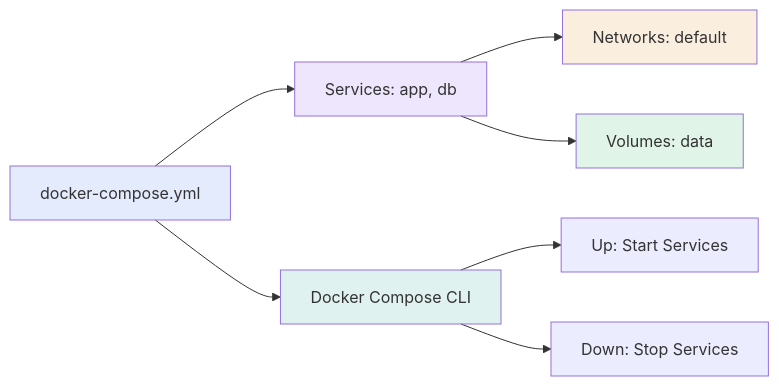
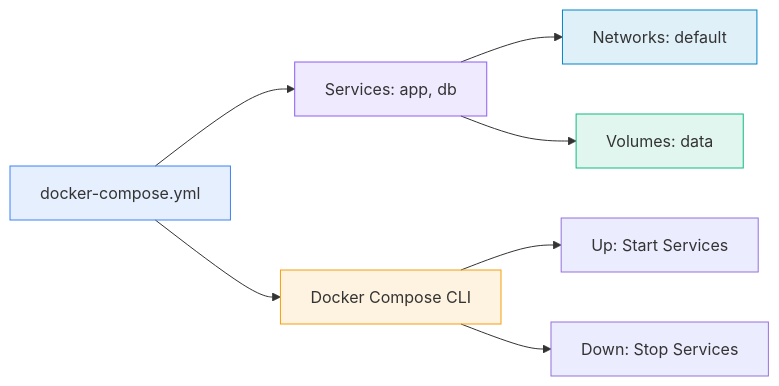
Before and after one commit to MadeInShineA/hei-course-summaries: the fourth of 5 diagrams in 302.1-data-computation/docker.md, drawn with Mermaid. The commit also changed other lines of this file and 2 other files, not shown here.

Commit message:
Updated mermaid graphs colors

````diff
--- a/302.1-data-computation/docker.md
+++ b/302.1-data-computation/docker.md
@@ -341,15 +341,15 @@
 ```mermaid
 graph LR
     ComposeFile[docker-compose.yml] --> Services[Services: app, db]
     Services --> Networks[Networks: default]
     Services --> Volumes[Volumes: data]
     ComposeFile --> CLI[Docker Compose CLI]
     CLI --> Up[Up: Start Services]
     CLI --> Down[Down: Stop Services]
     
-    style ComposeFile fill:#2563eb20
-    style Services fill:#7c3aed20
-    style Networks fill:#d9770620
-    style Volumes fill:#16a34a20
-    style CLI fill:#0d948820
+    style ComposeFile fill:#3b82f620,stroke:#3b82f6
+    style Services fill:#8b5cf620,stroke:#8b5cf6
+    style Networks fill:#0284c720,stroke:#0284c7
+    style Volumes fill:#10b98120,stroke:#10b981
+    style CLI fill:#f59e0b20,stroke:#f59e0b
 ```
````
